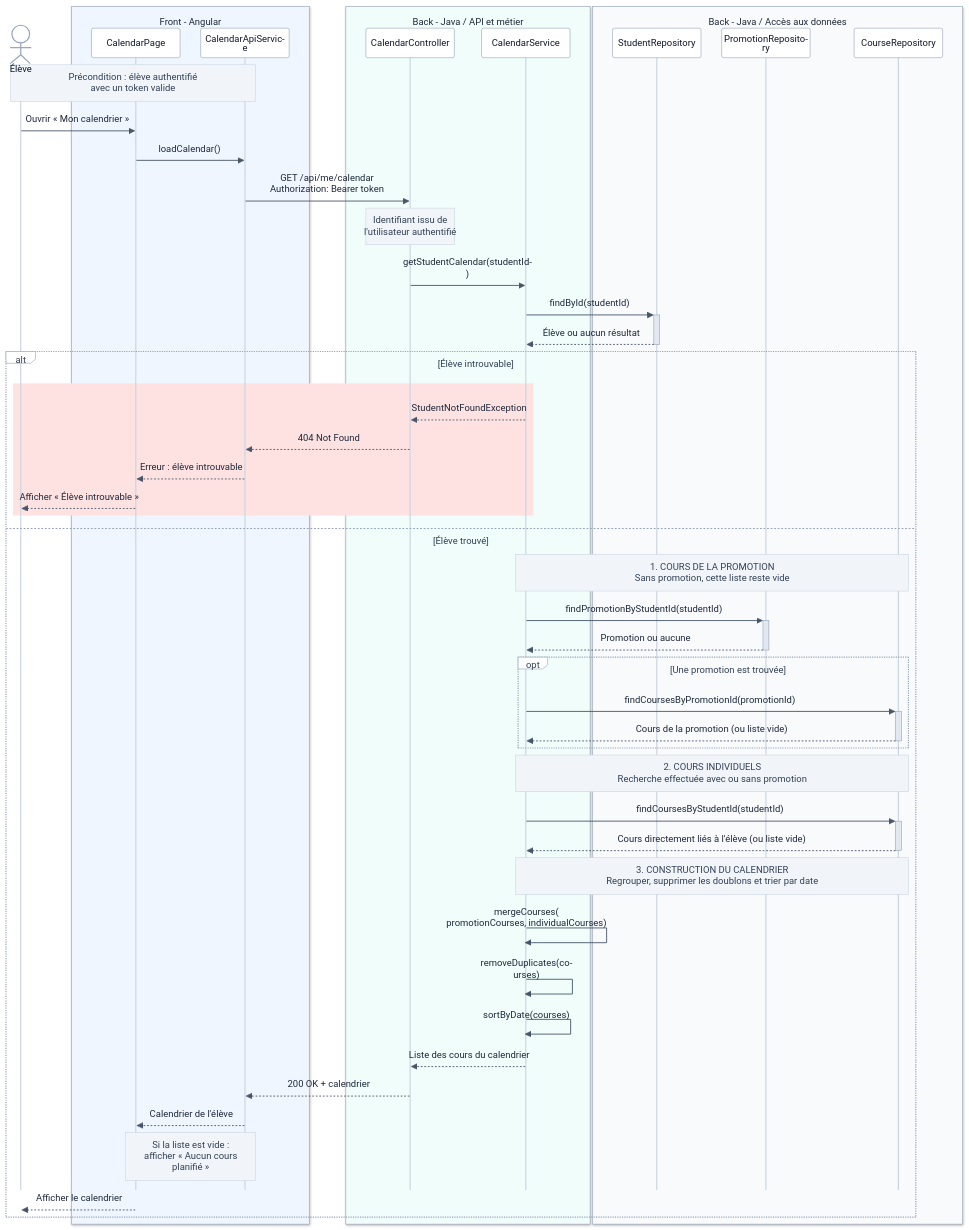
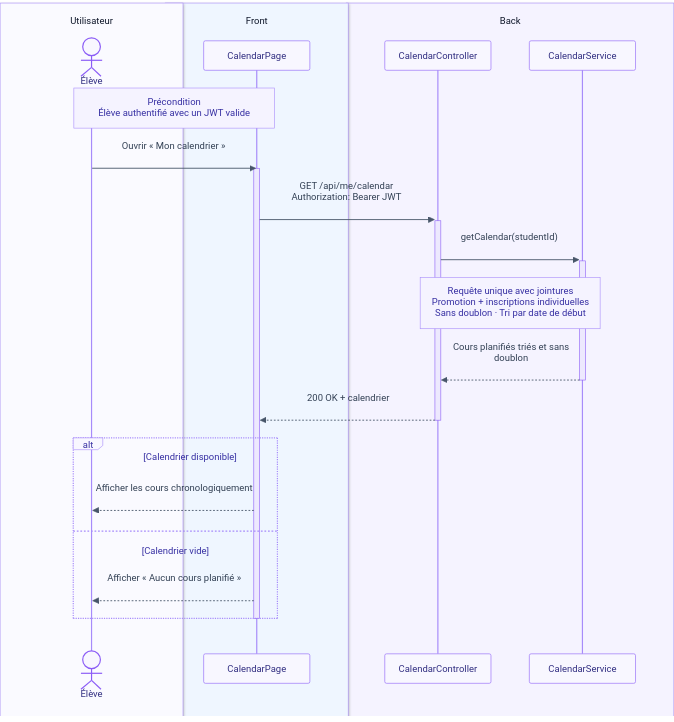
The diagram in docs/diagrams/diagramme-sequence-calendrier-eleve.md (formavenir-cda/FormaGest), drawn with Mermaid before and after one commit. The commit also changed other lines of this file and 3 other files, not shown here.

Commit message:
docs: update class and sequence diagrams

````diff
--- a/docs/diagrams/diagramme-sequence-calendrier-eleve.md
+++ b/docs/diagrams/diagramme-sequence-calendrier-eleve.md
@@ -22,106 +19,73 @@
 config:
   theme: base
   themeVariables:
+    background: "#FFFFFF"
+    mainBkg: "#FFFFFF"
+    textColor: "#0F172A"
     fontFamily: "Arial, sans-serif"
     fontSize: "14px"
-    primaryColor: "#FFFFFF"
-    primaryTextColor: "#1E293B"
-    primaryBorderColor: "#94A3B8"
-    lineColor: "#64748B"
-    actorBkg: "#FFFFFF"
-    actorBorder: "#94A3B8"
-    actorTextColor: "#0F172A"
-    actorLineColor: "#CBD5E1"
+    primaryColor: "#F8F7FF"
+    primaryTextColor: "#312E81"
+    primaryBorderColor: "#A78BFA"
+    lineColor: "#8B5CF6"
+    actorBkg: "#F8F7FF"
+    actorBorder: "#8B5CF6"
+    actorTextColor: "#312E81"
+    actorLineColor: "#A78BFA"
     signalColor: "#475569"
-    signalTextColor: "#1E293B"
-    noteBkgColor: "#F1F5F9"
-    noteBorderColor: "#CBD5E1"
-    noteTextColor: "#334155"
-    labelBoxBkgColor: "#FFFFFF"
-    labelBoxBorderColor: "#94A3B8"
-    labelTextColor: "#334155"
-    loopTextColor: "#334155"
-    activationBkgColor: "#E2E8F0"
-    activationBorderColor: "#94A3B8"
+    signalTextColor: "#334155"
+    noteBkgColor: "#F5F3FF"
+    noteBorderColor: "#A78BFA"
+    noteTextColor: "#3730A3"
+    labelBoxBkgColor: "#F8F7FF"
+    labelBoxBorderColor: "#A78BFA"
+    labelTextColor: "#3730A3"
+    loopTextColor: "#3730A3"
+    activationBkgColor: "#EDE9FE"
+    activationBorderColor: "#8B5CF6"
   sequence:
-    mirrorActors: false
-    actorMargin: 35
-    width: 150
+    mirrorActors: true
+    actorMargin: 60
+    width: 180
     height: 50
-    boxMargin: 12
-    boxTextMargin: 10
-    noteMargin: 12
-    messageMargin: 35
+    boxMargin: 30
+    noteMargin: 15
+    messageMargin: 40
     wrap: true
     rightAngles: true
 ---
 sequenceDiagram
-    actor Student as Élève
-
-    box rgb(239, 246, 255) Front - Angular
-        participant Page as CalendarPage
-        participant Api as CalendarApiService
+    box rgb(250, 250, 255) Utilisateur
+        actor Student as Élève
     end
 
-    box rgb(240, 253, 250) Back - Java / API et métier
+    box rgb(239, 246, 255) Front
+        participant Page as CalendarPage
+    end
+
+    box rgb(245, 243, 255) Back
         participant Controller as CalendarController
         participant Service as CalendarService
     end
 
-    box rgb(248, 250, 252) Back - Java / Accès aux données
-        participant StudentRepo as StudentRepository
-        participant PromotionRepo as PromotionRepository
-        participant CourseRepo as CourseRepository
+    Note over Student,Page: Précondition<br/>Élève authentifié avec un JWT valide
+
+    Student->>Page: Ouvrir « Mon calendrier »
+    activate Page
+    Page->>+Controller: GET /api/me/calendar<br/>Authorization: Bearer JWT
+
+    Controller->>+Service: getCalendar(studentId)
+
+    Note over Controller,Service: Requête unique avec jointures<br/>Promotion + inscriptions individuelles<br/>Sans doublon · Tri par date de début
+
+    Service-->>-Controller: Cours planifiés triés et sans doublon
+    Controller-->>-Page: 200 OK + calendrier
+
+    alt Calendrier disponible
+        Page-->>Student: Afficher les cours chronologiquement
+    else Calendrier vide
+        Page-->>Student: Afficher « Aucun cours planifié »
     end
 
-    Note over Student,Api: Précondition : élève authentifié<br/>avec un token valide
-
-    Student->>Page: Ouvrir « Mon calendrier »
-    Page->>Api: loadCalendar()
-    Api->>Controller: GET /api/me/calendar<br/>Authorization: Bearer token
-
-    Note over Controller: Identifiant issu de<br/>l'utilisateur authentifié
-    Controller->>Service: getStudentCalendar(studentId)
-
-    Service->>+StudentRepo: findById(studentId)
-    StudentRepo-->>-Service: Élève ou aucun résultat
-
-    alt Élève introuvable
-        rect rgb(254, 226, 226)
-            Service-->>Controller: StudentNotFoundException
-            Controller-->>Api: 404 Not Found
-            Api-->>Page: Erreur : élève introuvable
-            Page-->>Student: Afficher « Élève introuvable »
-        end
-
-    else Élève trouvé
-
-        Note over Service,CourseRepo: 1. COURS DE LA PROMOTION<br/>Sans promotion, cette liste reste vide
-
-        Service->>+PromotionRepo: findPromotionByStudentId(studentId)
-        PromotionRepo-->>-Service: Promotion ou aucune
-
-        opt Une promotion est trouvée
-            Service->>+CourseRepo: findCoursesByPromotionId(promotionId)
-            CourseRepo-->>-Service: Cours de la promotion (ou liste vide)
-        end
-
-        Note over Service,CourseRepo: 2. COURS INDIVIDUELS<br/>Recherche effectuée avec ou sans promotion
-
-        Service->>+CourseRepo: findCoursesByStudentId(studentId)
-        CourseRepo-->>-Service: Cours directement liés à l'élève (ou liste vide)
-
-        Note over Service,CourseRepo: 3. CONSTRUCTION DU CALENDRIER<br/>Regrouper, supprimer les doublons et trier par date
-
-        Service->>Service: mergeCourses(<br/>promotionCourses, individualCourses)
-        Service->>Service: removeDuplicates(courses)
-        Service->>Service: sortByDate(courses)
-
-        Service-->>Controller: Liste des cours du calendrier
-        Controller-->>Api: 200 OK + calendrier
-        Api-->>Page: Calendrier de l'élève
-
-        Note over Page,Api: Si la liste est vide :<br/>afficher « Aucun cours planifié »
-        Page-->>Student: Afficher le calendrier
-    end
+    deactivate Page
 ```
````
